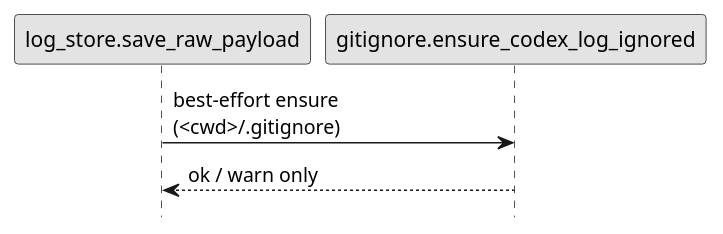
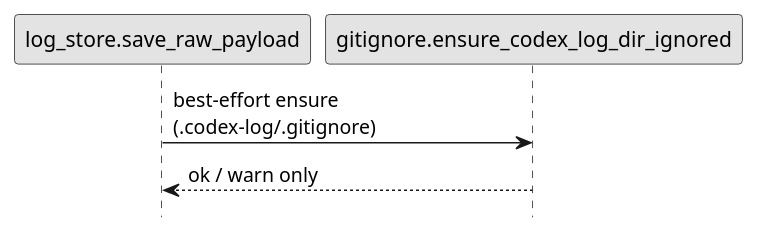
The diagram in spec-dock/initiatives/init-00001-codex-notify-json-logger/epics/epic-00003-local-logging-and-summary/issues/iss-00011-gitignore-codex-log-output/design.md (chemitaro/codex-agent-logger), drawn with PlantUML before and after one commit. The commit also changed other lines of this file and 7 other files, not shown here.

First line of the commit message:
fix(gitignore): .codex-log内でignoreを完結

````diff
--- a/spec-dock/initiatives/init-00001-codex-notify-json-logger/epics/epic-00003-local-logging-and-summary/issues/iss-00011-gitignore-codex-log-output/design.md
+++ b/spec-dock/initiatives/init-00001-codex-notify-json-logger/epics/epic-00003-local-logging-and-summary/issues/iss-00011-gitignore-codex-log-output/design.md
@@ -56,12 +57,12 @@
 ```plantuml
 @startuml
 skinparam monochrome true
 hide footbox
 
 participant "log_store.save_raw_payload" as Save
-participant "gitignore.ensure_codex_log_ignored" as Ensure
+participant "gitignore.ensure_codex_log_dir_ignored" as Ensure
 
-Save -> Ensure: best-effort ensure\n(<cwd>/.gitignore)
+Save -> Ensure: best-effort ensure\n(.codex-log/.gitignore)
 Ensure --> Save: ok / warn only
 @enduml
 ```
````
